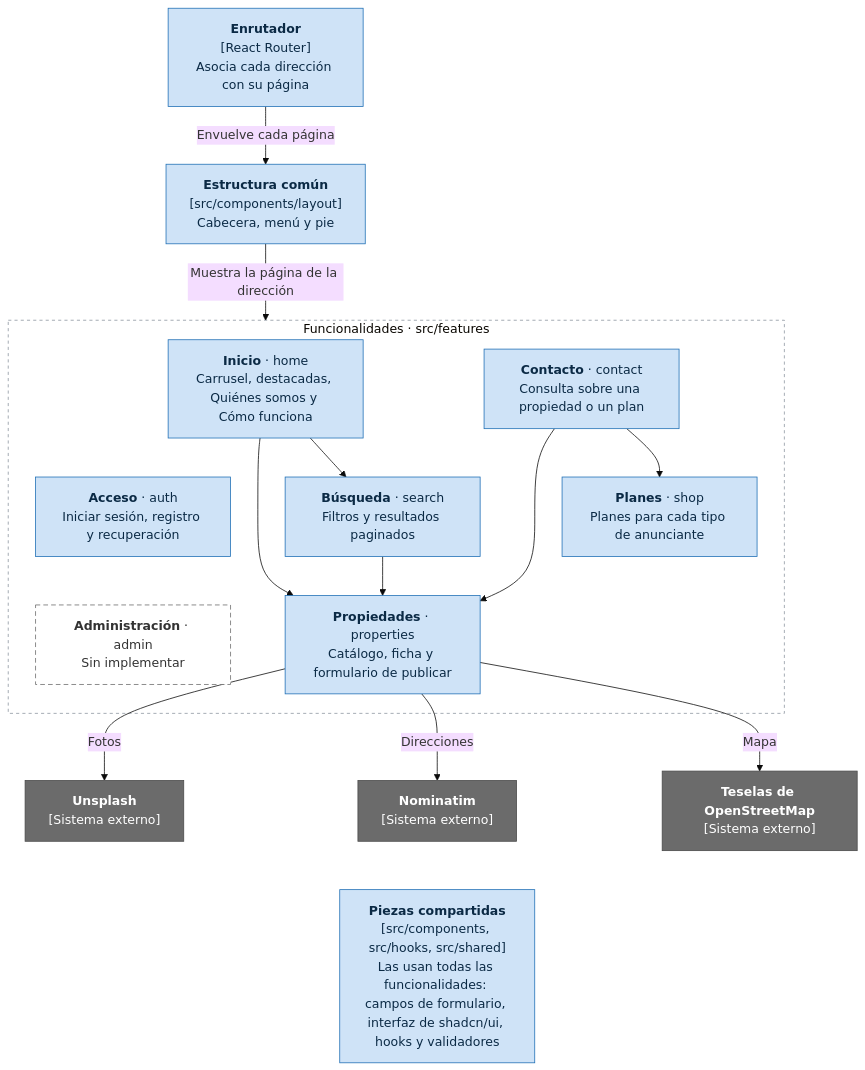
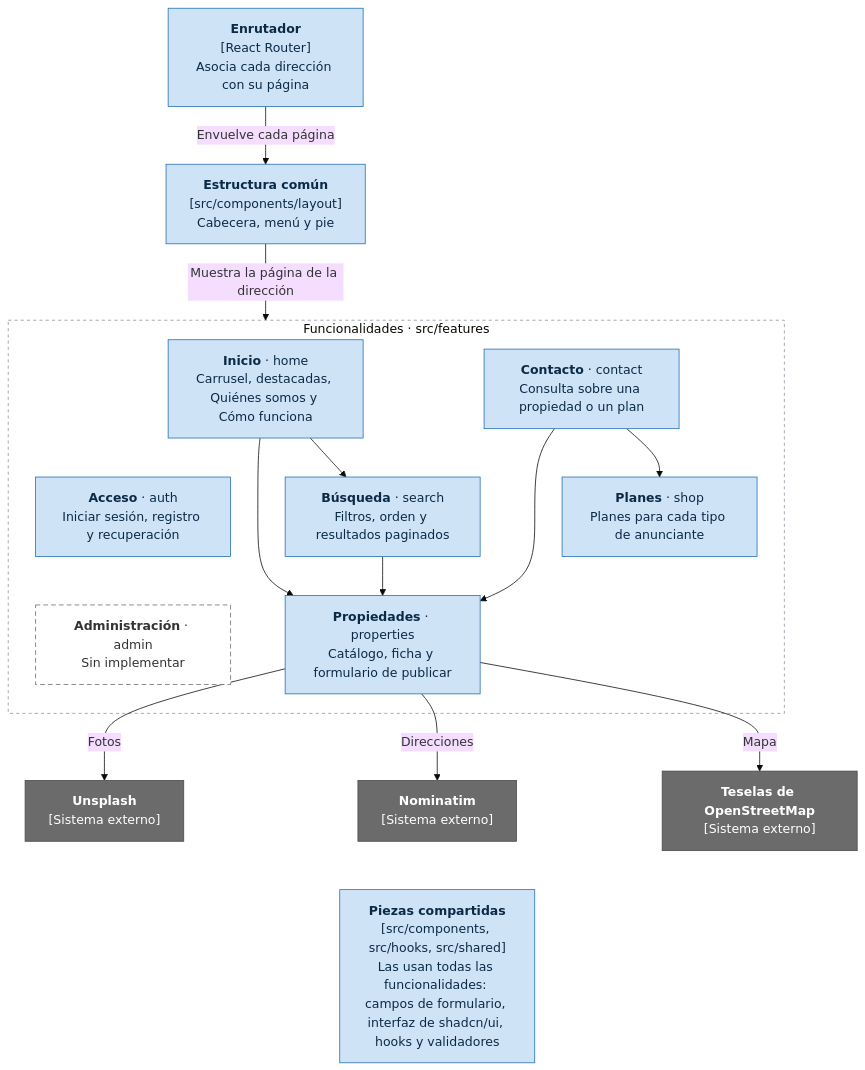
The fourth of 6 diagrams in docs/arquitectura.md (jespinal899/raizMotor), drawn with Mermaid (base theme) before and after one commit. The commit also changed 1 other file, not shown here.

Commit message:
docs: documenta los filtros, las comodidades y las páginas legales
Pone al día la tabla de estado del README con lo que ya funciona: la
búsqueda con sus filtros y su orden, los precios en dos monedas, las
comodidades al publicar y las páginas legales, que quedan marcadas como
texto preliminar pendiente de revisión.

````diff
--- a/docs/arquitectura.md
+++ b/docs/arquitectura.md
@@ -125,47 +125,47 @@
 ```mermaid
 %%{init: {"flowchart": {"wrappingWidth": 190}}}%%
 flowchart TB
     accTitle: Componentes de la aplicación web
     accDescr: El enrutador muestra, dentro de la estructura común, la página de cada funcionalidad. Inicio usa Búsqueda y Propiedades, Búsqueda usa Propiedades y Contacto usa Propiedades y Planes. Propiedades consulta los sistemas externos. Todas usan las piezas compartidas.
 
     router["<b>Enrutador</b><br/>[React Router]<br/>Asocia cada dirección con su página"]
     layout["<b>Estructura común</b><br/>[src/components/layout]<br/>Cabecera, menú y pie"]
 
     subgraph features ["Funcionalidades · src/features"]
         home["<b>Inicio</b> · home<br/>Carrusel, destacadas, Quiénes somos y Cómo funciona"]
         contact["<b>Contacto</b> · contact<br/>Consulta sobre una propiedad o un plan"]
         auth["<b>Acceso</b> · auth<br/>Iniciar sesión, registro y recuperación"]
-        search["<b>Búsqueda</b> · search<br/>Filtros y resultados paginados"]
+        search["<b>Búsqueda</b> · search<br/>Filtros, orden y resultados paginados"]
         shop["<b>Planes</b> · shop<br/>Planes para cada tipo de anunciante"]
         admin["<b>Administración</b> · admin<br/>Sin implementar"]
         properties["<b>Propiedades</b> · properties<br/>Catálogo, ficha y formulario de publicar"]
 
         home --> search --> properties
         home --> properties
         contact --> shop
         contact --> properties
         %% Enlaces invisibles: solo ordenan las cajas en tres columnas para que el diagrama no se ensanche.
         contact ~~~ search
         auth ~~~ admin
     end
 
     tiles["<b>Teselas de OpenStreetMap</b><br/>[Sistema externo]"]
     nominatim["<b>Nominatim</b><br/>[Sistema externo]"]
     unsplash["<b>Unsplash</b><br/>[Sistema externo]"]
     shared["<b>Piezas compartidas</b><br/>[src/components, src/hooks, src/shared]<br/>Las usan todas las funcionalidades: campos de formulario, interfaz de shadcn/ui, hooks y validadores"]
 
     router -- "Envuelve cada página" --> layout
     layout -- "Muestra la página de la dirección" --> features
     properties -- "Mapa" --> tiles
     properties -- "Direcciones" --> nominatim
     properties -- "Fotos" --> unsplash
     nominatim ~~~ shared
 
     classDef componente fill:#cfe3f7,stroke:#1f6fb5,color:#0b2a45
     classDef externo fill:#6b6b6b,stroke:#4a4a4a,color:#fff
     classDef pendiente fill:#fff,stroke:#6b6b6b,color:#333,stroke-dasharray:6 4
     class router,layout,home,search,properties,contact,shop,auth,shared componente
     class tiles,nominatim,unsplash externo
     class admin pendiente
     style features fill:none,stroke:#8c959f,stroke-dasharray:4 4
 ```
````
